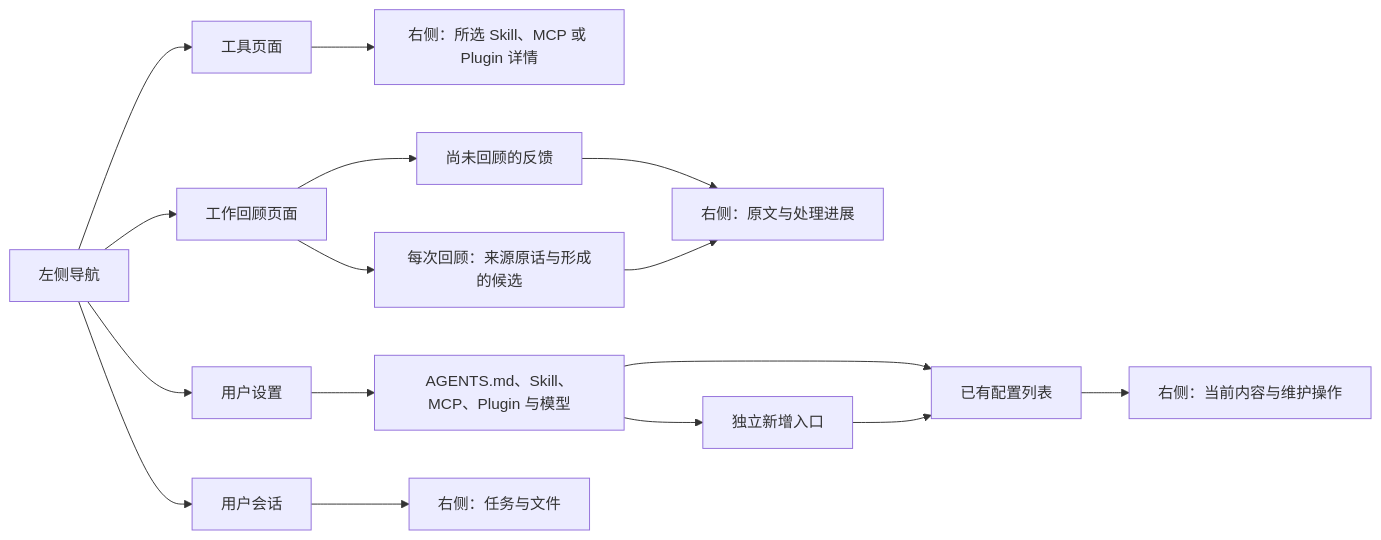
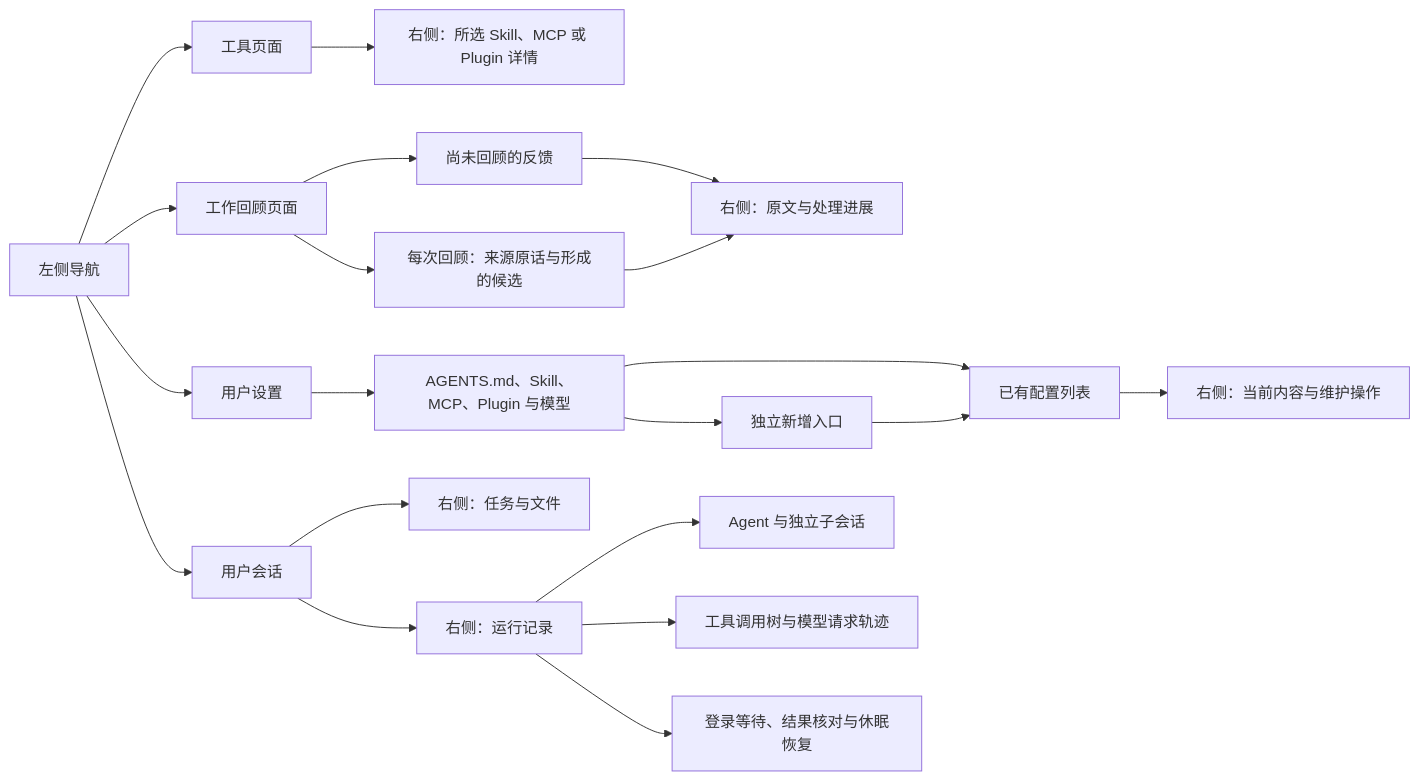
One commit to HoldThatThgt/mori changed the second of 2 diagrams in demo/README.md. Above: the diagram before and after it, drawn with Mermaid. The commit also changed other lines of this file and 22 other files, not shown here.

````diff
--- a/demo/README.md
+++ b/demo/README.md
@@ -72,18 +87,22 @@
 ```mermaid
 flowchart LR
     N[左侧导航] --> T[工具页面]
     N --> R[工作回顾页面]
     N --> U[用户设置]
     U --> UC[AGENTS.md、Skill、MCP、Plugin 与模型]
     UC --> UL[已有配置列表]
     UL --> UD[右侧：当前内容与维护操作]
     UC --> UN[独立新增入口]
     UN --> UL
     T --> TD[右侧：所选 Skill、MCP 或 Plugin 详情]
     R --> F[尚未回顾的反馈]
     R --> H[每次回顾：来源原话与形成的候选]
     F --> RD[右侧：原文与处理进展]
     H --> RD
     N --> C[用户会话]
     C --> CF[右侧：任务与文件]
+    C --> CH[右侧：运行记录]
+    CH --> CA[Agent 与独立子会话]
+    CH --> CT[工具调用树与模型请求轨迹]
+    CH --> CW[登录等待、结果核对与休眠恢复]
 ```
````
